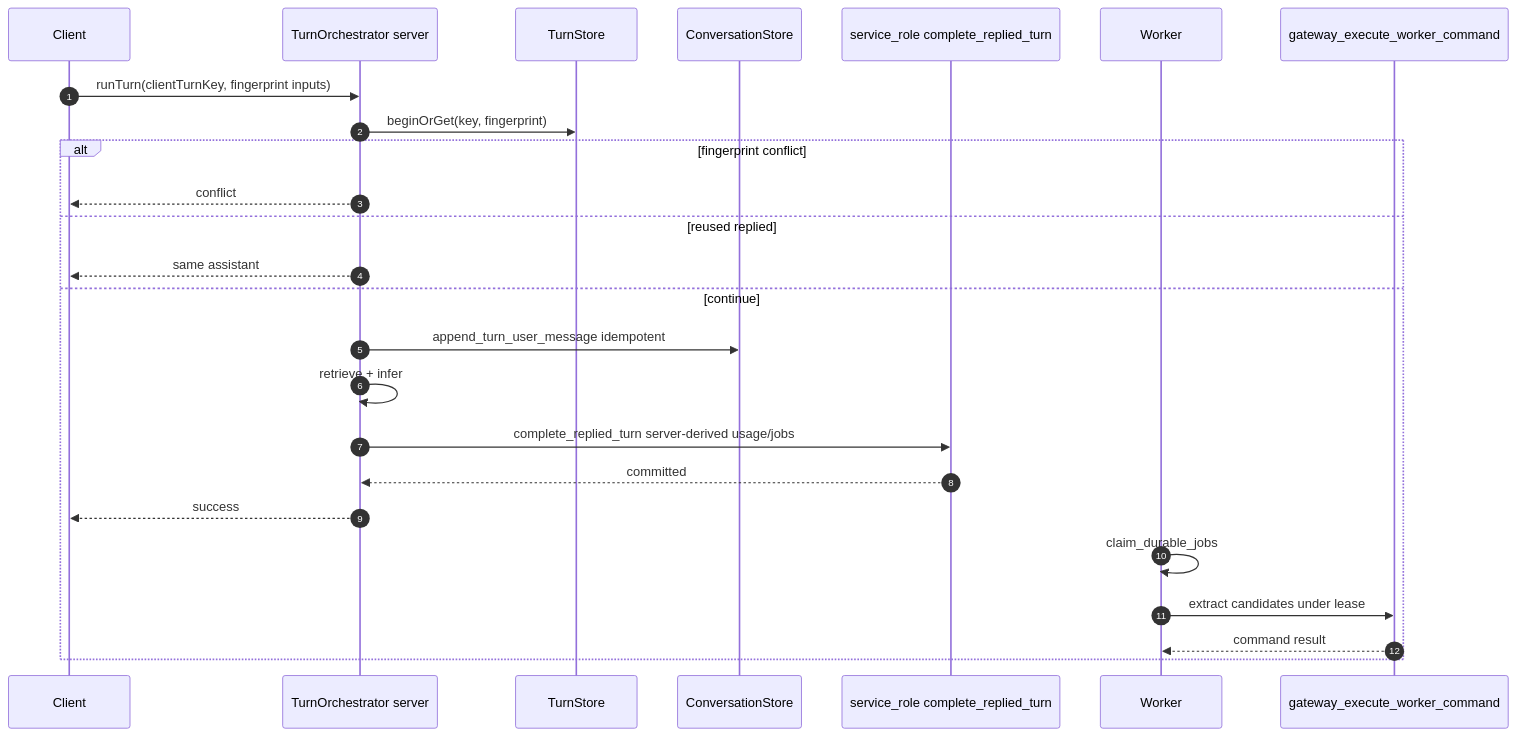
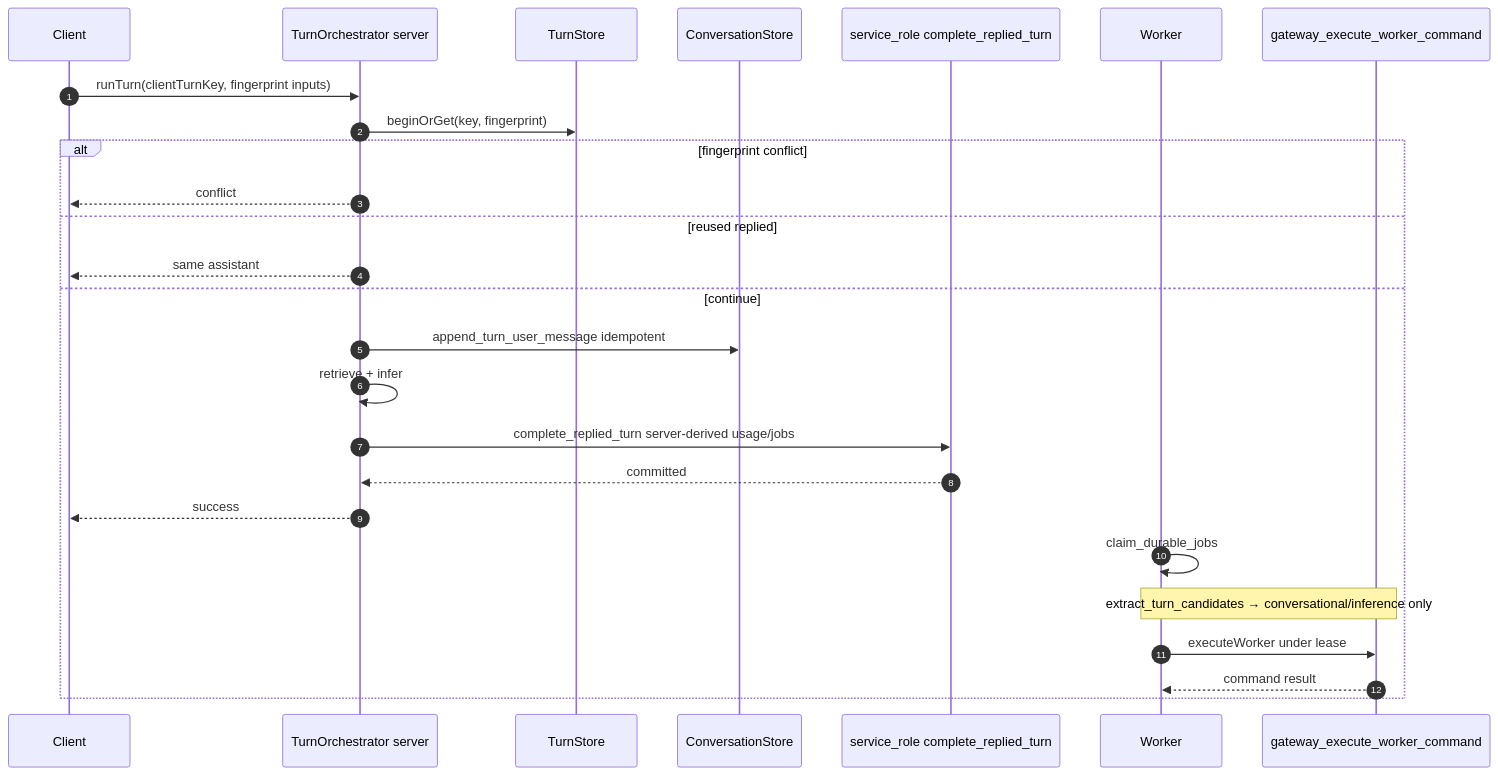
Before and after one commit to NicolVii/ContextVault: the second of 12 diagrams in docs/memory-system/09-technical-design.md, drawn with Mermaid. The commit also changed other lines of this file, not shown here.

First line of the commit message:
docs: split document extract and embedding worker commands

````diff
--- a/docs/memory-system/09-technical-design.md
+++ b/docs/memory-system/09-technical-design.md
@@ -1328,28 +1399,29 @@
 ```mermaid
 sequenceDiagram
   autonumber
   participant C as Client
   participant TO as TurnOrchestrator server
   participant TS as TurnStore
   participant CS as ConversationStore
   participant SR as service_role complete_replied_turn
   participant W as Worker
   participant WG as gateway_execute_worker_command
 
   C->>TO: runTurn(clientTurnKey, fingerprint inputs)
   TO->>TS: beginOrGet(key, fingerprint)
   alt fingerprint conflict
     TO-->>C: conflict
   else reused replied
     TO-->>C: same assistant
   else continue
     TO->>CS: append_turn_user_message idempotent
     TO->>TO: retrieve + infer
     TO->>SR: complete_replied_turn server-derived usage/jobs
     SR-->>TO: committed
     TO-->>C: success
     W->>W: claim_durable_jobs
-    W->>WG: extract candidates under lease
+    Note over W,WG: extract_turn_candidates → conversational/inference only
+    W->>WG: executeWorker under lease
     WG-->>W: command result
   end
 ```
````
